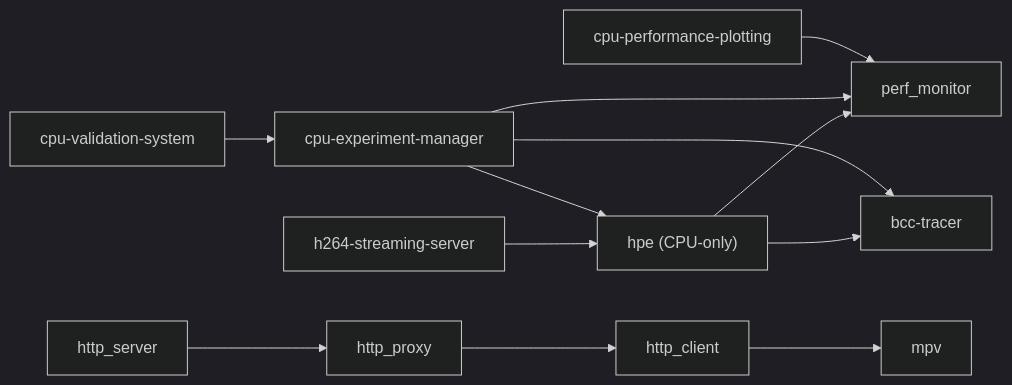
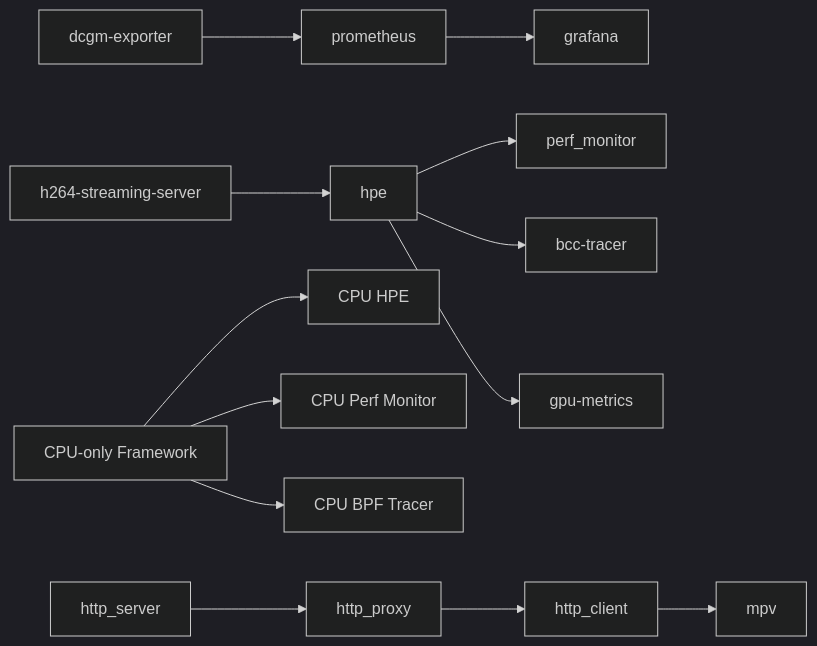
Before and after one commit to Fogus-Gr/MeasurementsDTs: the third of 3 diagrams in .qoder/repowiki/en/content/Deployment Infrastructure/Containerization and Docker Configuration.md, drawn with Mermaid (dark theme). The commit also changed other lines of this file and 7 other files, not shown here.

Commit message:
docs(repowiki): restructure optimization assets, add performance documentation, and improve CPU tuning utilities.

````diff
--- a/.qoder/repowiki/en/content/Deployment Infrastructure/Containerization and Docker Configuration.md
+++ b/.qoder/repowiki/en/content/Deployment Infrastructure/Containerization and Docker Configuration.md
@@ -446,14 +358,15 @@
 ```mermaid
 graph LR
-H264["h264-streaming-server"] --> HPE["hpe (CPU-only)"]
+DCGM["dcgm-exporter"] --> PROM["prometheus"]
+PROM --> GRAF["grafana"]
+H264["h264-streaming-server"] --> HPE["hpe"]
 HPE --> PERF["perf_monitor"]
 HPE --> BPF["bcc-tracer"]
-CPU_FRAMEWORK["cpu-experiment-manager"] --> HPE
-CPU_FRAMEWORK --> PERF
-CPU_FRAMEWORK --> BPF
-VALIDATION["cpu-validation-system"] --> CPU_FRAMEWORK
-PLOTTING["cpu-performance-plotting"] --> PERF
+HPE --> GPU_METRICS["gpu-metrics"]
+CPU_FRAMEWORK["CPU-only Framework"] --> HPE_CPU["CPU HPE"]
+CPU_FRAMEWORK --> PERF_CPU["CPU Perf Monitor"]
+CPU_FRAMEWORK --> BPF_CPU["CPU BPF Tracer"]
 HTTP_SERVER["http_server"] --> HTTP_PROXY["http_proxy"]
 HTTP_PROXY --> HTTP_CLIENT["http_client"]
 HTTP_CLIENT --> MPV["mpv"]
 ```
````
